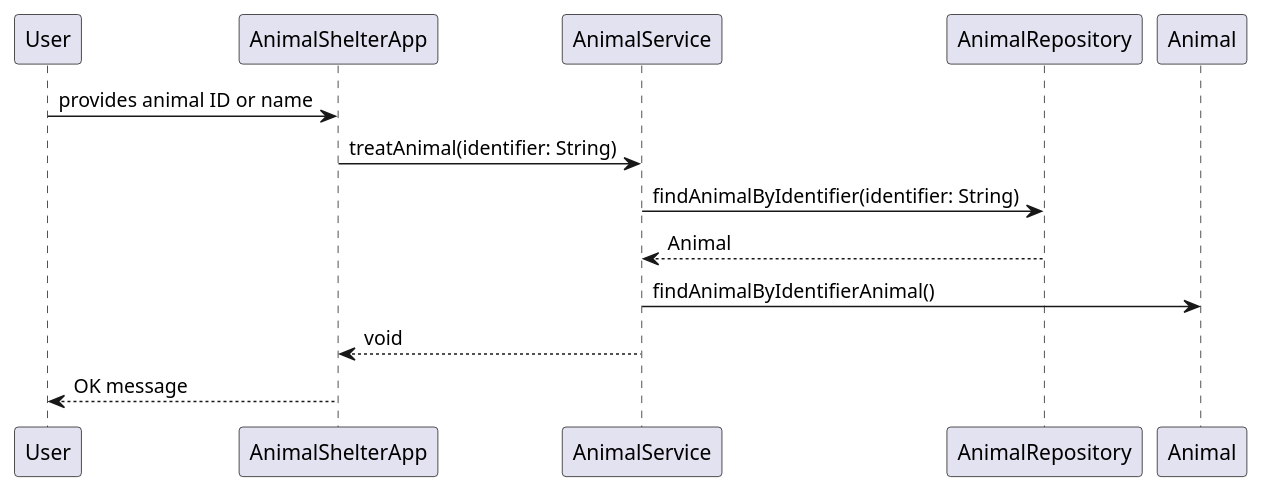
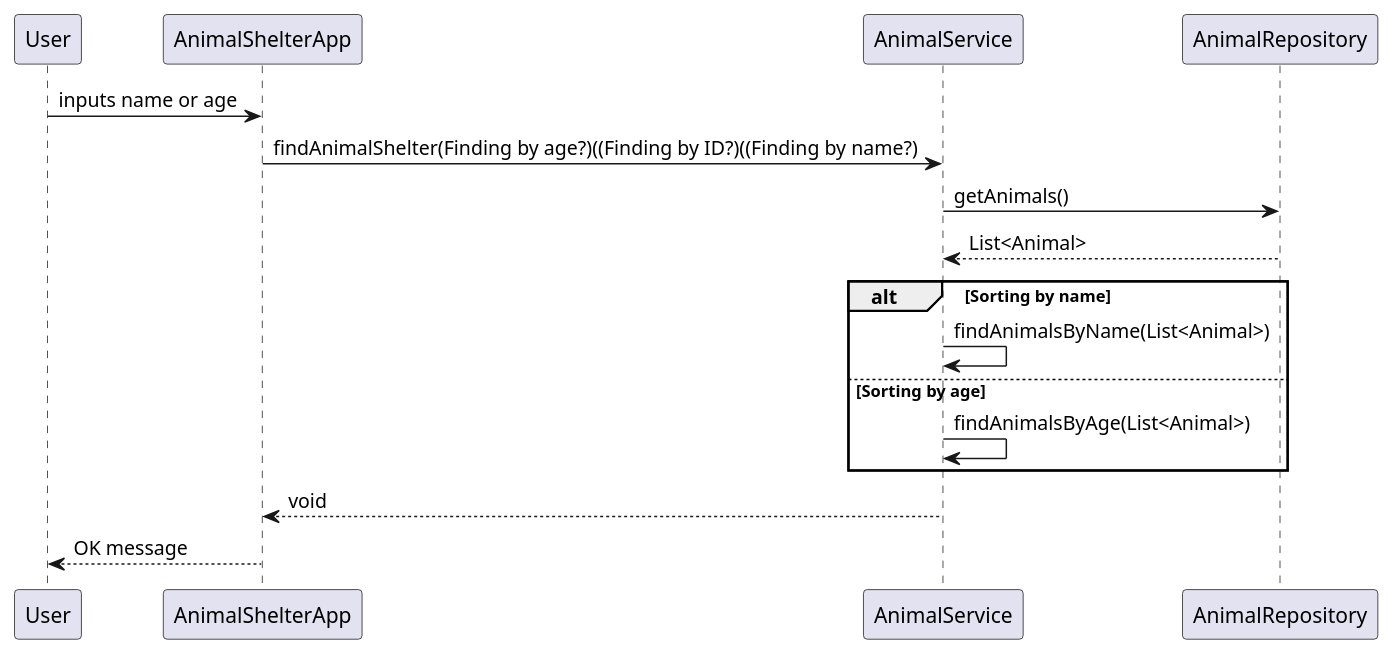
The first of 2 diagrams in src/main/java/analysis/sequence_find_an_animal.puml (9elmaz9/AnimalShelterTest), drawn with PlantUML before and after one commit. The commit also changed other lines of this file and 14 other files, not shown here.

```diff
--- a/src/main/java/analysis/sequence_find_an_animal.puml
+++ b/src/main/java/analysis/sequence_find_an_animal.puml
@@ -1,9 +2,19 @@
 @startuml
-User -> AnimalShelterApp : provides animal ID or name
-AnimalShelterApp -> AnimalService : treatAnimal(identifier: String)
-AnimalService -> AnimalRepository : findAnimalByIdentifier(identifier: String)
-AnimalService <-- AnimalRepository : Animal
-AnimalService -> Animal : findAnimalByIdentifierAnimal()
+
+User -> AnimalShelterApp : inputs name or age
+AnimalShelterApp -> AnimalService : findAnimalShelter(Finding by age?)((Finding by ID?)((Finding by name?)
+AnimalService -> AnimalRepository : getAnimals()
+AnimalService <-- AnimalRepository : List<Animal>
+
+alt Sorting by name
+AnimalService -> AnimalService : findAnimalsByName(List<Animal>)
+
+else Sorting by age
+AnimalService -> AnimalService : findAnimalsByAge(List<Animal>)
+
+end
+
 AnimalShelterApp <-- AnimalService : void
 User <-- AnimalShelterApp : OK message
+
 @enduml
```
